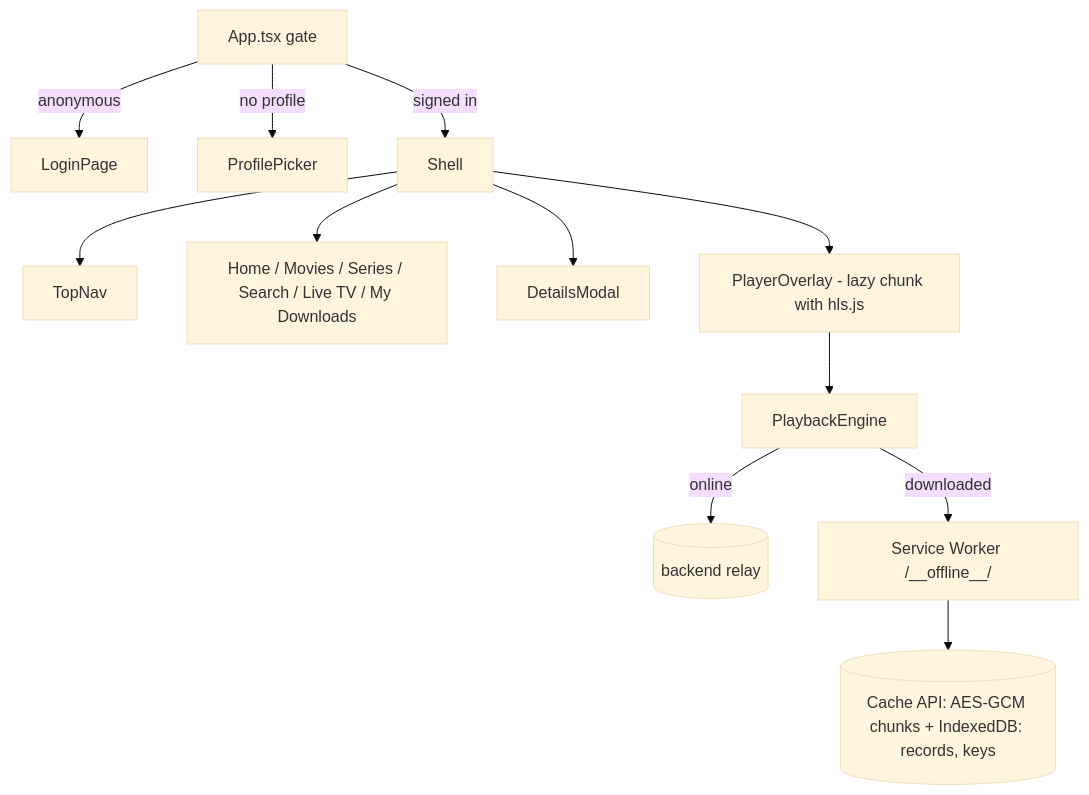
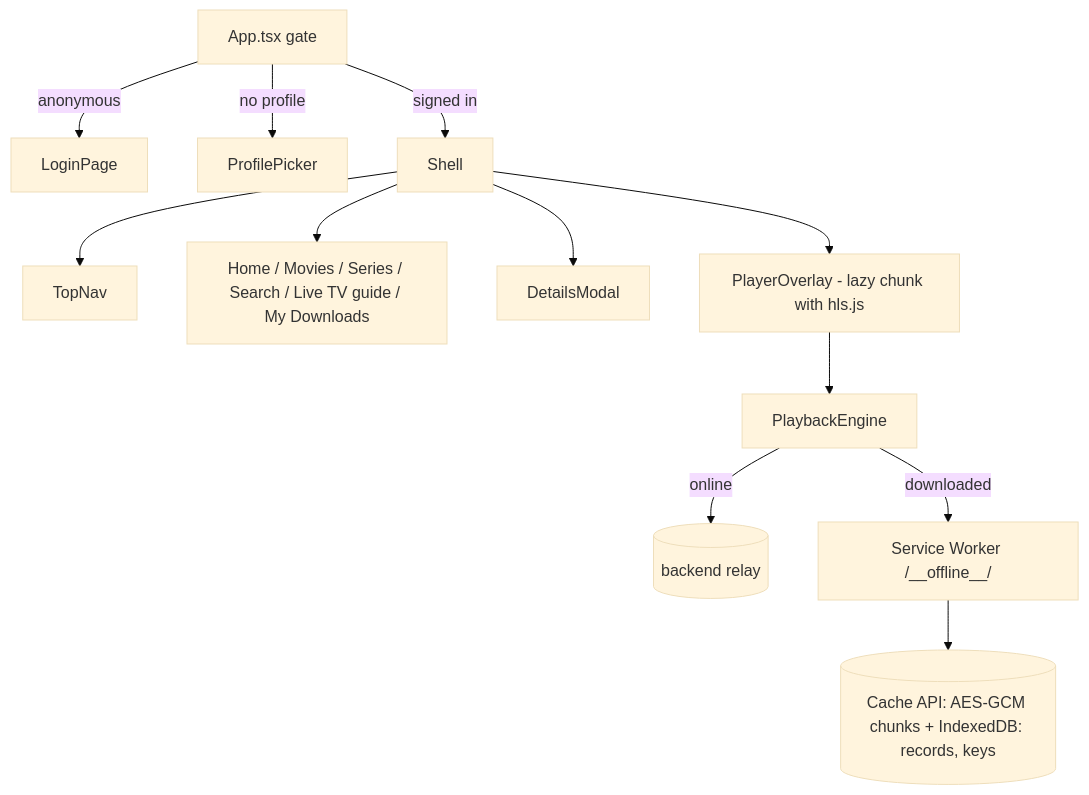
One commit to brunoccst/iptv-player changed the diagram in apps/web-player/README.md. Above: the diagram before and after it, drawn with Mermaid (base theme). The commit also changed 4 other files, not shown here.

````diff
--- a/apps/web-player/README.md
+++ b/apps/web-player/README.md
@@ -5,13 +5,13 @@
 ```mermaid
 flowchart TD
   APP[App.tsx gate] -->|anonymous| LOGIN[LoginPage]
   APP -->|no profile| PICK[ProfilePicker]
   APP -->|signed in| SHELL[Shell]
-  SHELL --> NAV[TopNav] & VIEWS[Home / Movies / Series / Search / Live TV / My Downloads]
+  SHELL --> NAV[TopNav] & VIEWS[Home / Movies / Series / Search / Live TV guide / My Downloads]
   SHELL --> DETAILS[DetailsModal]
   SHELL --> PLAYER[PlayerOverlay - lazy chunk with hls.js]
   PLAYER --> ENGINE[PlaybackEngine]
   ENGINE -->|online| API[(backend relay)]
   ENGINE -->|downloaded| SW[Service Worker /__offline__/]
   SW --> STORE[(Cache API: AES-GCM chunks + IndexedDB: records, keys)]
 ```
````
